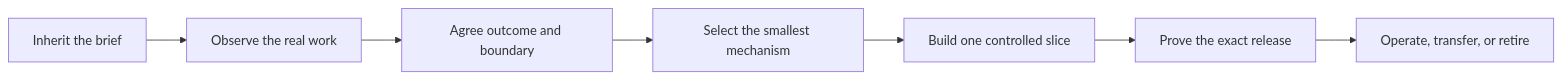
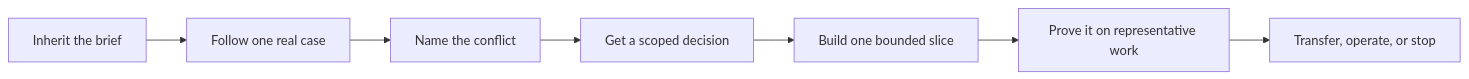
The diagram in guide/fde-guide-in-five-minutes.md (davidahmann/applied-ai-field-guide), drawn with Mermaid before and after one commit. The commit also changed other lines of this file and 14 other files, not shown here.

````diff
--- a/guide/fde-guide-in-five-minutes.md
+++ b/guide/fde-guide-in-five-minutes.md
@@ -13,9 +45,9 @@
 ```mermaid
 flowchart LR
-    A["Inherit the brief"] --> B["Observe the real work"]
-    B --> C["Agree outcome and boundary"]
-    C --> D["Select the smallest mechanism"]
-    D --> E["Build one controlled slice"]
-    E --> F["Prove the exact release"]
-    F --> G["Operate, transfer, or retire"]
+    A["Inherit the brief"] --> B["Follow one real case"]
+    B --> C["Name the conflict"]
+    C --> D["Get a scoped decision"]
+    D --> E["Build one bounded slice"]
+    E --> F["Prove it on representative work"]
+    F --> G["Transfer, operate, or stop"]
 ```
````
